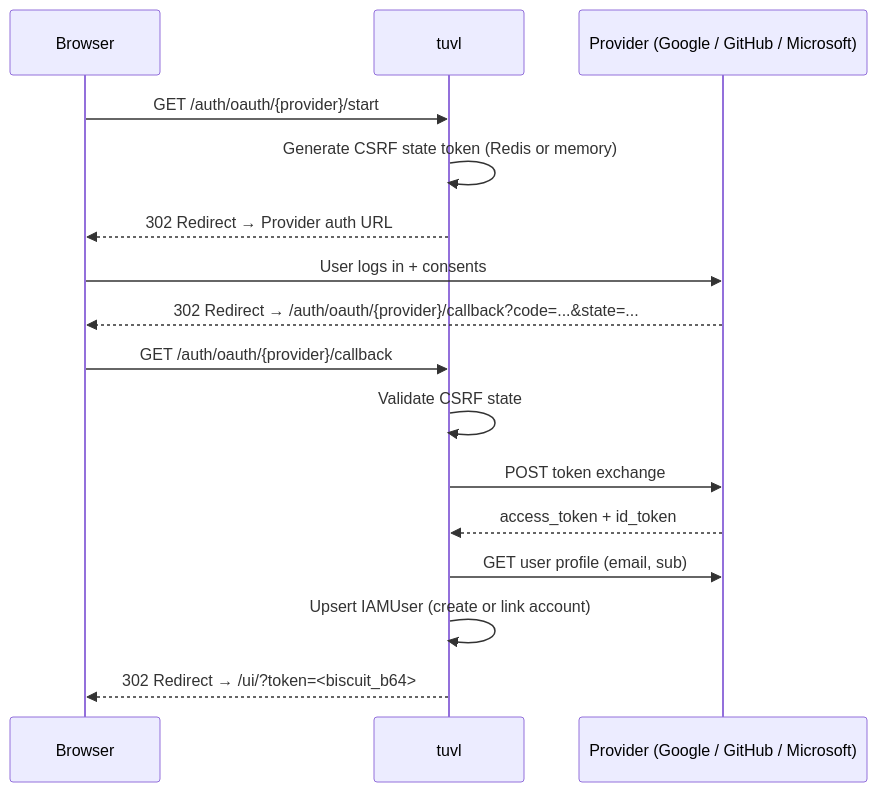
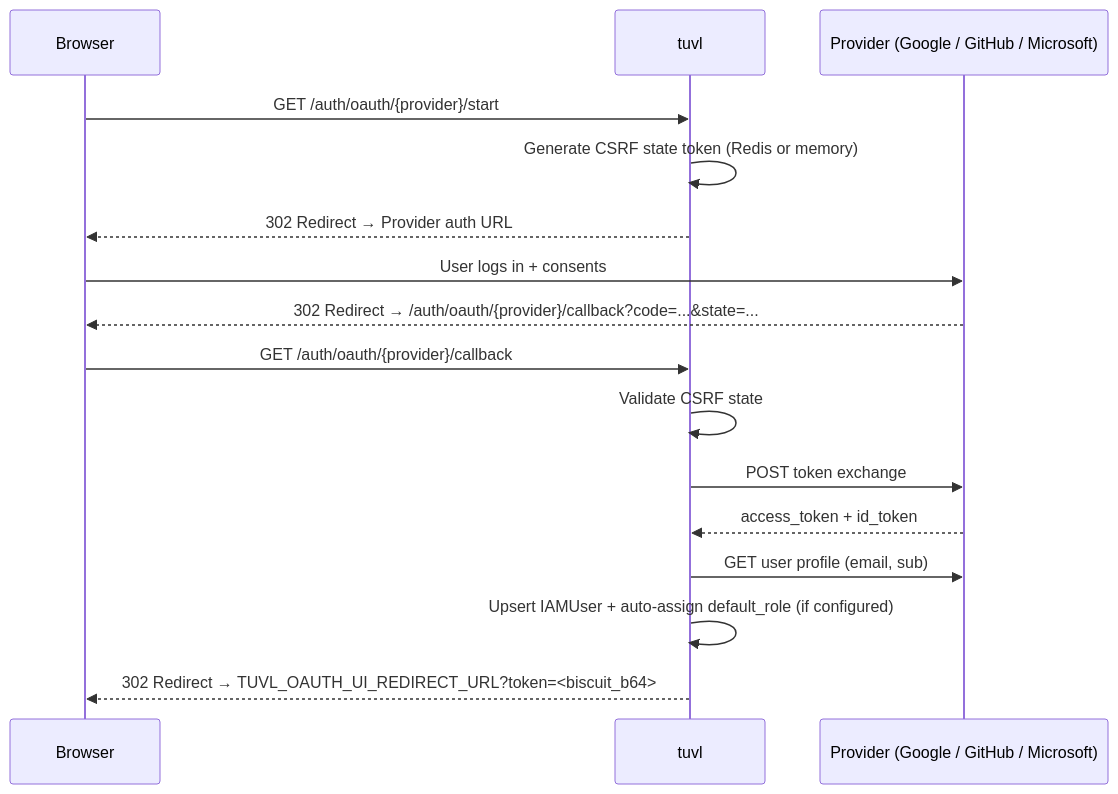
The diagram in docs/security/federation.md (tuvl-io/docs), drawn with Mermaid before and after one commit. The commit also changed other lines of this file and 2 other files, not shown here.

````diff
--- a/docs/security/federation.md
+++ b/docs/security/federation.md
@@ -11,21 +11,21 @@
 ```mermaid
 sequenceDiagram
     participant Browser
     participant tuvl
     participant Provider (Google / GitHub / Microsoft)
 
     Browser->>tuvl: GET /auth/oauth/{provider}/start
     tuvl->>tuvl: Generate CSRF state token (Redis or memory)
     tuvl-->>Browser: 302 Redirect → Provider auth URL
 
     Browser->>Provider (Google / GitHub / Microsoft): User logs in + consents
     Provider (Google / GitHub / Microsoft)-->>Browser: 302 Redirect → /auth/oauth/{provider}/callback?code=...&state=...
 
     Browser->>tuvl: GET /auth/oauth/{provider}/callback
     tuvl->>tuvl: Validate CSRF state
     tuvl->>Provider (Google / GitHub / Microsoft): POST token exchange
     Provider (Google / GitHub / Microsoft)-->>tuvl: access_token + id_token
     tuvl->>Provider (Google / GitHub / Microsoft): GET user profile (email, sub)
-    tuvl->>tuvl: Upsert IAMUser (create or link account)
-    tuvl-->>Browser: 302 Redirect → /ui/?token=<biscuit_b64>
+    tuvl->>tuvl: Upsert IAMUser + auto-assign default_role (if configured)
+    tuvl-->>Browser: 302 Redirect → TUVL_OAUTH_UI_REDIRECT_URL?token=<biscuit_b64>
 ```
````
